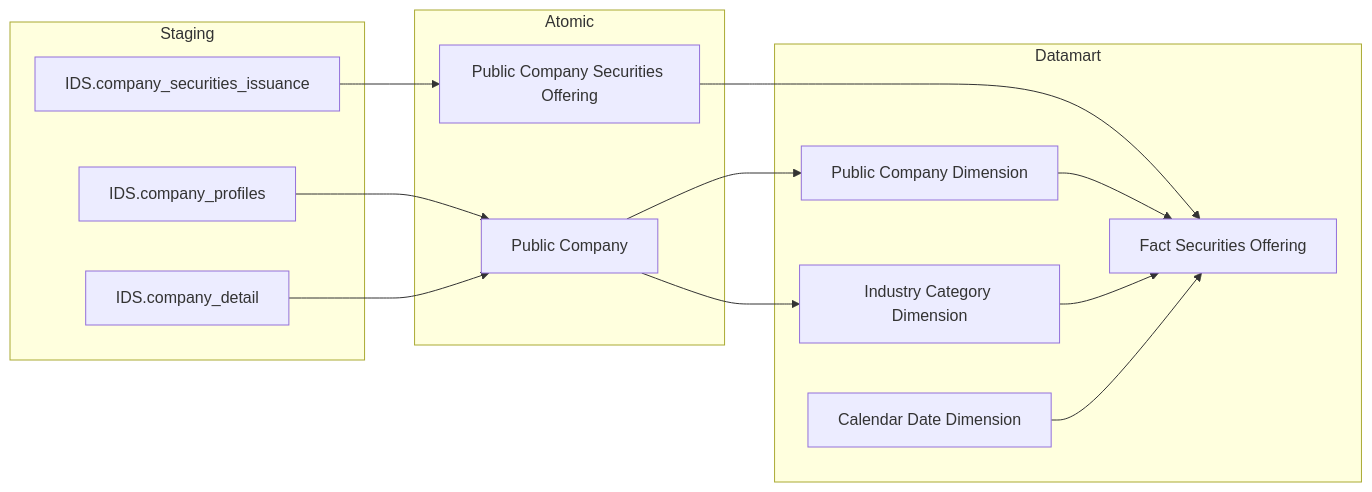
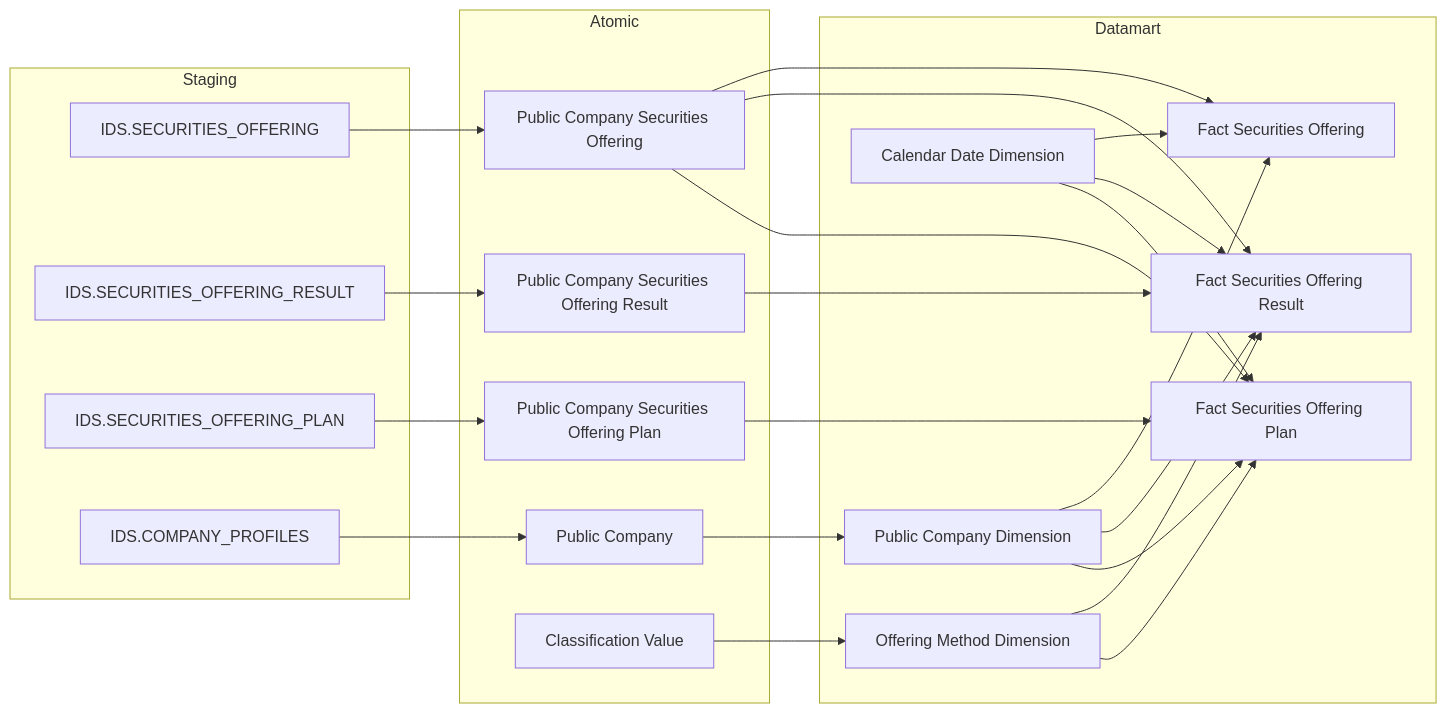
The first of 21 diagrams in Datamart/hld/DTM_QLCB_HLD.md (linhlvit/ubck_atomic_design), drawn with Mermaid before and after one commit. The commit also changed other lines of this file and 4 other files, not shown here.

````diff
--- a/Datamart/hld/DTM_QLCB_HLD.md
+++ b/Datamart/hld/DTM_QLCB_HLD.md
@@ -27,32 +38,48 @@
 ```mermaid
 flowchart LR
     subgraph SRC_IDS["Staging"]
-        S1["IDS.company_securities_issuance"]
-        S2["IDS.company_profiles"]
-        S3["IDS.company_detail"]
+        S1["IDS.SECURITIES_OFFERING"]
+        S2["IDS.SECURITIES_OFFERING_RESULT"]
+        S3["IDS.SECURITIES_OFFERING_PLAN"]
+        S4["IDS.COMPANY_PROFILES"]
     end
 
     subgraph SIL["Atomic"]
         SV1["Public Company Securities Offering"]
+        SV1b["Public Company Securities Offering Result"]
+        SV1c["Public Company Securities Offering Plan"]
         SV2["Public Company"]
+        SV4["Classification Value"]
     end
 
     subgraph Datamart["Datamart"]
         G1["Fact Securities Offering"]
+        G1b["Fact Securities Offering Result"]
+        G1c["Fact Securities Offering Plan"]
         G2["Public Company Dimension"]
-        G3["Industry Category Dimension"]
+        G3["Offering Method Dimension"]
         G4["Calendar Date Dimension"]
     end
 
     S1 --> SV1
-    S2 --> SV2
-    S3 --> SV2
+    S2 --> SV1b
+    S3 --> SV1c
+    S4 --> SV2
 
     SV1 --> G1
+    SV1b --> G1b
+    SV1c --> G1c
+    SV1 --> G1b
+    SV1 --> G1c
     SV2 --> G2
-    SV2 --> G3
+    SV4 --> G3
 
     G2 --> G1
-    G3 --> G1
     G4 --> G1
+    G2 --> G1b
+    G3 --> G1b
+    G4 --> G1b
+    G2 --> G1c
+    G3 --> G1c
+    G4 --> G1c
 ```
````
